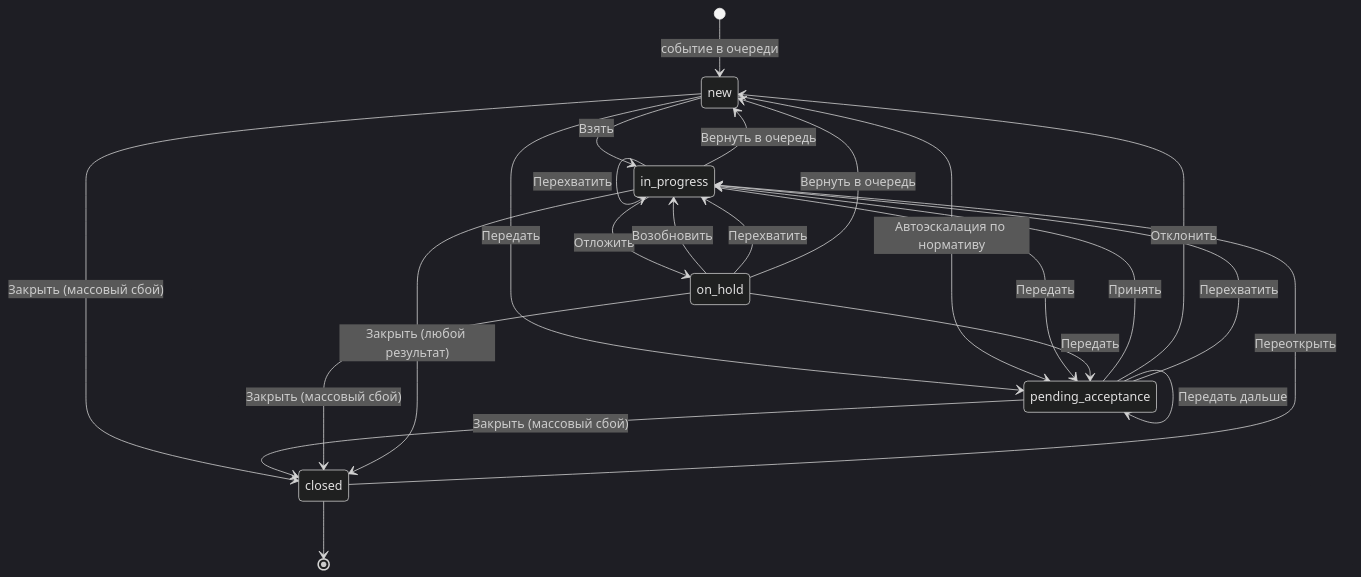
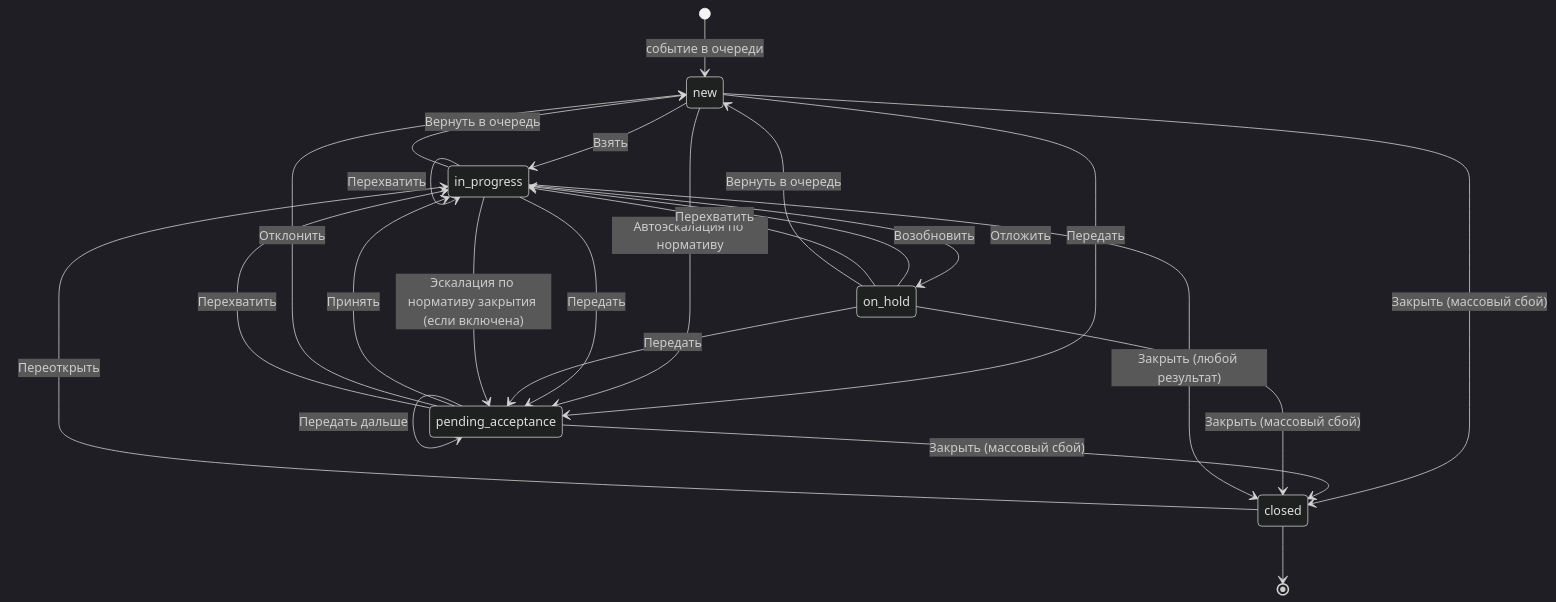
One commit to soulhome2/IM changed the diagram in Specification/State_rules/States rules IM.md. Above: the diagram before and after it, drawn with Mermaid (dark theme). The commit also changed other lines of this file and 9 other files, not shown here.

Commit message:
RULE-27: эскалация по нормативу закрытия — в машине: при escalation.onResolutionOverdue = escalate нарушение и передача адресату уровня (resolution_escalate), на потолке — алерт (resolution_ceiling); условие settingIs вместо частного случая в исполнителе; правила §3, §4, §6.2, §9; тест API и мутация

````diff
--- a/Specification/State_rules/States rules IM.md
+++ b/Specification/State_rules/States rules IM.md
@@ -164,26 +164,27 @@
 ```mermaid
 stateDiagram-v2
     [*] --> new: событие в очереди
     new --> in_progress: Взять
     new --> pending_acceptance: Передать
     new --> pending_acceptance: Автоэскалация по нормативу
     new --> closed: Закрыть (массовый сбой)
     pending_acceptance --> in_progress: Принять
     pending_acceptance --> new: Отклонить
     pending_acceptance --> closed: Закрыть (массовый сбой)
     pending_acceptance --> pending_acceptance: Автоэскалация на следующий уровень
     pending_acceptance --> pending_acceptance: Передать дальше
     pending_acceptance --> in_progress: Перехватить
     in_progress --> on_hold: Отложить
     on_hold --> in_progress: Возобновить
     in_progress --> pending_acceptance: Передать
     on_hold --> pending_acceptance: Передать
     on_hold --> closed: Закрыть (массовый сбой)
     in_progress --> in_progress: Перехватить
     on_hold --> in_progress: Перехватить
     in_progress --> new: Вернуть в очередь
+    in_progress --> pending_acceptance: Эскалация по нормативу закрытия (если включена)
     on_hold --> new: Вернуть в очередь
     in_progress --> closed: Закрыть (любой результат)
     closed --> in_progress: Переоткрыть
     closed --> [*]
 ```
````
